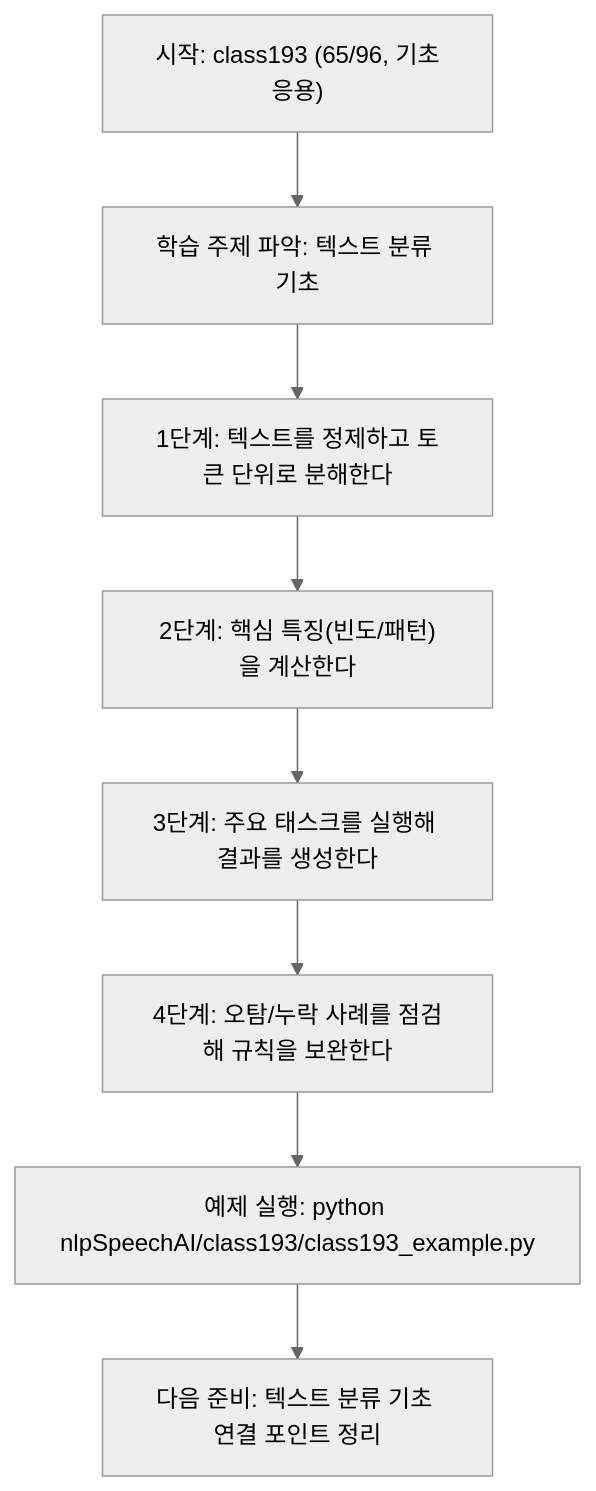
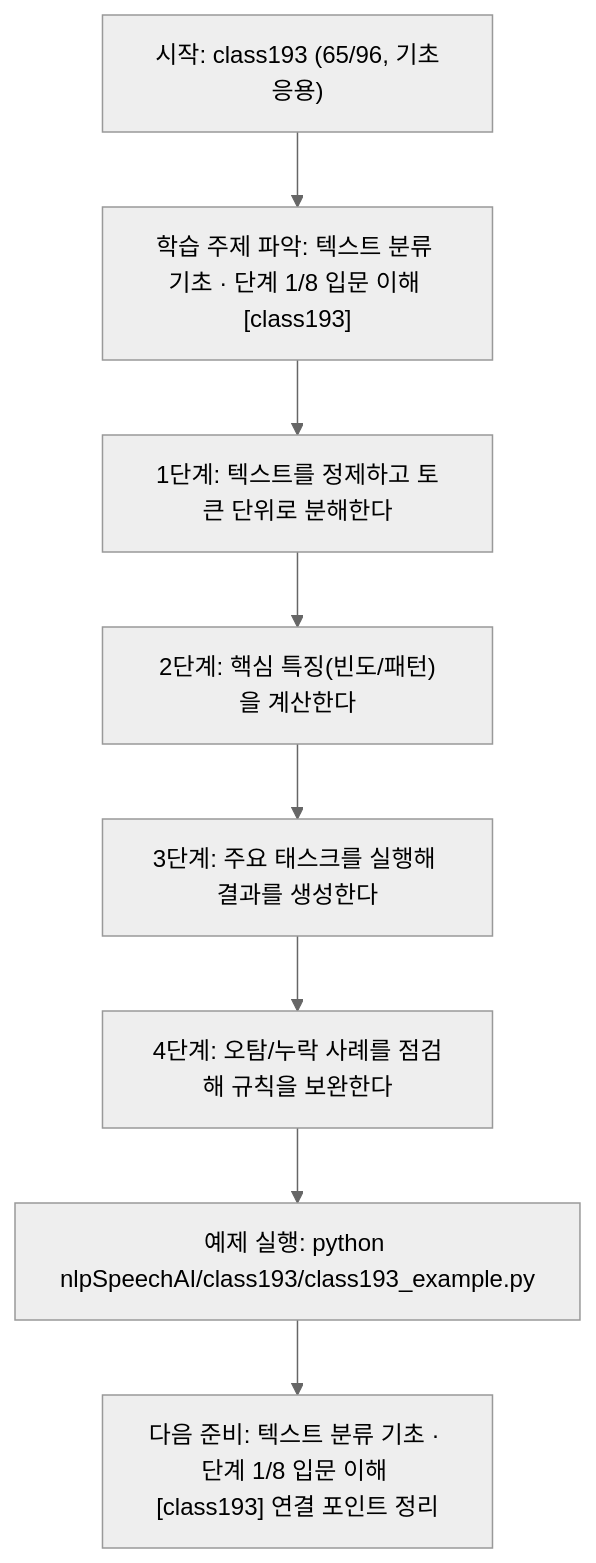
The diagram in nlpSpeechAI/class193/class193.md (edumgt/Python-AI_Agent-Class), drawn with Mermaid (neutral theme) before and after one commit. The commit also changed other lines of this file and 522 other files, not shown here.

````diff
--- a/nlpSpeechAI/class193/class193.md
+++ b/nlpSpeechAI/class193/class193.md
@@ -113,18 +114,18 @@
 ```mermaid
 flowchart TD
 N1["시작: class193 (65/96, 기초응용)"]
-N2["학습 주제 파악: 텍스트 분류 기초"]
+N2["학습 주제 파악: 텍스트 분류 기초 · 단계 1/8 입문 이해 [class193]"]
 N3["1단계: 텍스트를 정제하고 토큰 단위로 분해한다"]
 N4["2단계: 핵심 특징(빈도/패턴)을 계산한다"]
 N5["3단계: 주요 태스크를 실행해 결과를 생성한다"]
 N6["4단계: 오탐/누락 사례를 점검해 규칙을 보완한다"]
 N7["예제 실행: python nlpSpeechAI/class193/class193_example.py"]
-N8["다음 준비: 텍스트 분류 기초 연결 포인트 정리"]
+N8["다음 준비: 텍스트 분류 기초 · 단계 1/8 입문 이해 [class193] 연결 포인트 정리"]
 N1 --> N2
 N2 --> N3
 N3 --> N4
 N4 --> N5
 N5 --> N6
 N6 --> N7
 N7 --> N8
 ```
````
